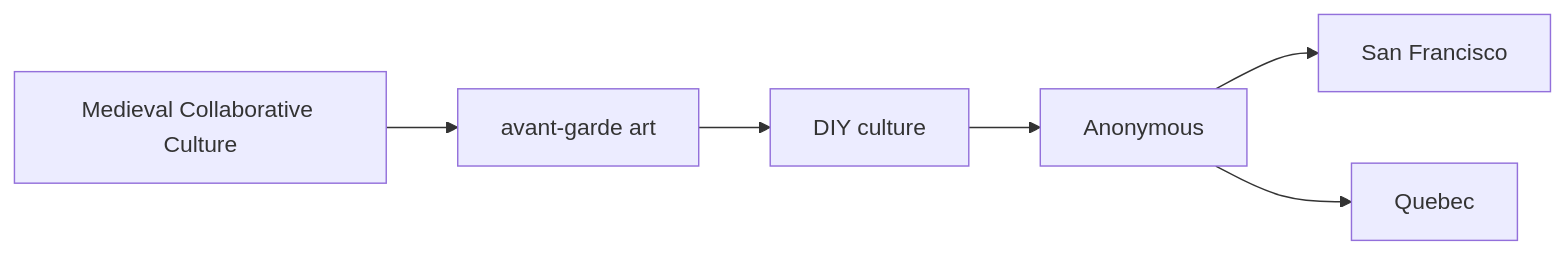
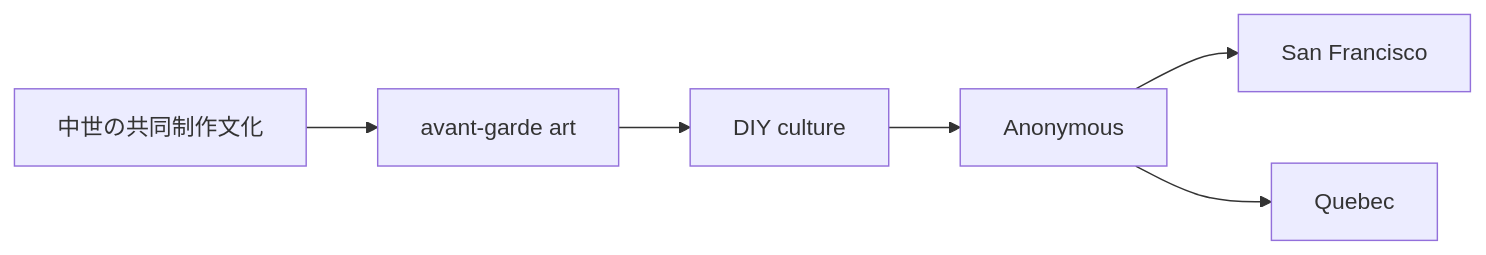
The first of 9 diagrams in en/_posts/2026-07-07-column-angine-de-poitrine-caroliner-rubber-o-cement.md (monumental-movement/monumental-movement.github.io), drawn with Mermaid before and after one commit. The commit also changed other lines of this file and 1012 other files, not shown here.

```diff
--- a/en/_posts/2026-07-07-column-angine-de-poitrine-caroliner-rubber-o-cement.md
+++ b/en/_posts/2026-07-07-column-angine-de-poitrine-caroliner-rubber-o-cement.md
@@ -145,17 +145,17 @@
 <div class="mermaid">
 flowchart LR
 
-A["Medieval Collaborative Culture"]
+A["中世の共同制作文化"]
 B["avant-garde art"]
 C["DIY culture"]
 D["Anonymous"]
 E["San Francisco"]
 F["Quebec"]
 
 A --> B
 B --> C
 C --> D
 D --> E
 D --> F
 
 </div>
```
